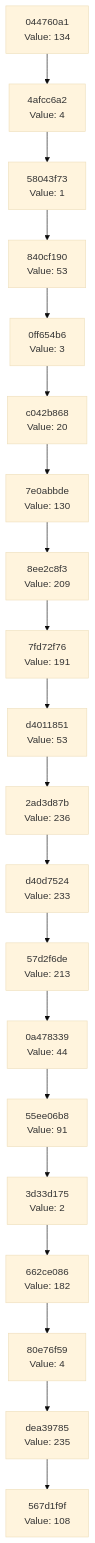
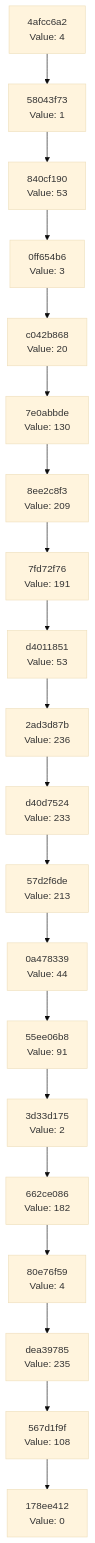
The diagram in docs/CHAIN_VISUALIZATION.md (Abhisheksinha1506/hash-chain-evolver), drawn with Mermaid (base theme) before and after one commit. The commit also changed 2 other files, not shown here.

Commit message:
Evolution Step

````diff
--- a/docs/CHAIN_VISUALIZATION.md
+++ b/docs/CHAIN_VISUALIZATION.md
@@ -3,42 +3,42 @@
 ```mermaid
 graph TD
-    C0["567d1f9f<br/>Value: 108"]
-    C1["dea39785<br/>Value: 235"]
+    C0["178ee412<br/>Value: 0"]
+    C1["567d1f9f<br/>Value: 108"]
     C1 --> C0
-    C2["80e76f59<br/>Value: 4"]
+    C2["dea39785<br/>Value: 235"]
     C2 --> C1
-    C3["662ce086<br/>Value: 182"]
+    C3["80e76f59<br/>Value: 4"]
     C3 --> C2
-    C4["3d33d175<br/>Value: 2"]
+    C4["662ce086<br/>Value: 182"]
     C4 --> C3
-    C5["55ee06b8<br/>Value: 91"]
+    C5["3d33d175<br/>Value: 2"]
     C5 --> C4
-    C6["0a478339<br/>Value: 44"]
+    C6["55ee06b8<br/>Value: 91"]
     C6 --> C5
-    C7["57d2f6de<br/>Value: 213"]
+    C7["0a478339<br/>Value: 44"]
     C7 --> C6
-    C8["d40d7524<br/>Value: 233"]
+    C8["57d2f6de<br/>Value: 213"]
     C8 --> C7
-    C9["2ad3d87b<br/>Value: 236"]
+    C9["d40d7524<br/>Value: 233"]
     C9 --> C8
-    C10["d4011851<br/>Value: 53"]
+    C10["2ad3d87b<br/>Value: 236"]
     C10 --> C9
-    C11["7fd72f76<br/>Value: 191"]
+    C11["d4011851<br/>Value: 53"]
     C11 --> C10
-    C12["8ee2c8f3<br/>Value: 209"]
+    C12["7fd72f76<br/>Value: 191"]
     C12 --> C11
-    C13["7e0abbde<br/>Value: 130"]
+    C13["8ee2c8f3<br/>Value: 209"]
     C13 --> C12
-    C14["c042b868<br/>Value: 20"]
+    C14["7e0abbde<br/>Value: 130"]
     C14 --> C13
-    C15["0ff654b6<br/>Value: 3"]
+    C15["c042b868<br/>Value: 20"]
     C15 --> C14
-    C16["840cf190<br/>Value: 53"]
+    C16["0ff654b6<br/>Value: 3"]
     C16 --> C15
-    C17["58043f73<br/>Value: 1"]
+    C17["840cf190<br/>Value: 53"]
     C17 --> C16
-    C18["4afcc6a2<br/>Value: 4"]
+    C18["58043f73<br/>Value: 1"]
     C18 --> C17
-    C19["044760a1<br/>Value: 134"]
+    C19["4afcc6a2<br/>Value: 4"]
     C19 --> C18
 ```
````
